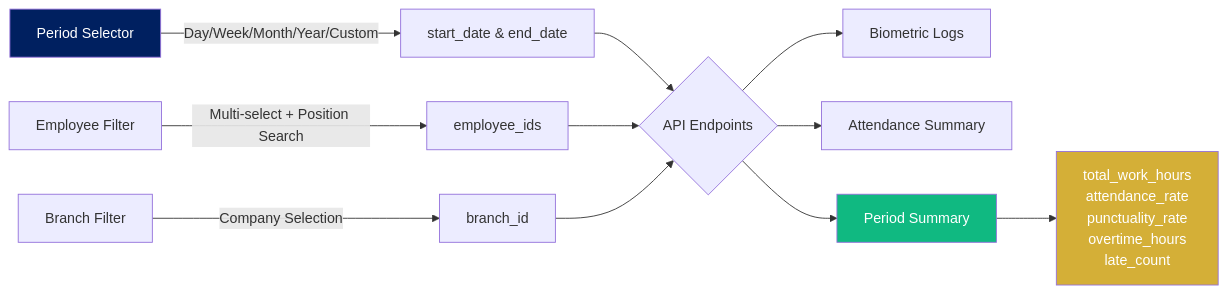
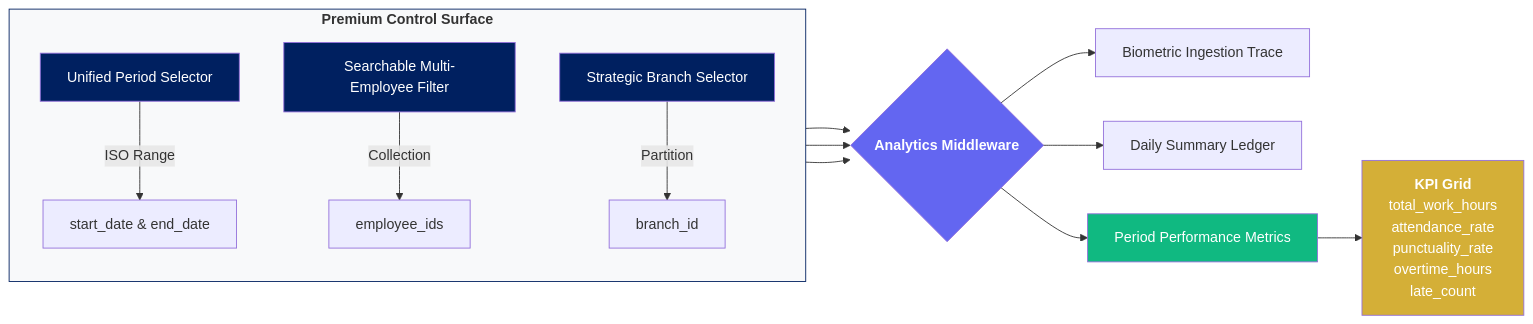
The fourth of 11 diagrams in README.md (binssente-crypto/PAYROLL-DOCUMENTATION), drawn with Mermaid before and after one commit. The commit also changed other lines of this file, not shown here.

First line of the commit message:
Revise README for BizMaker Premium Payroll & ERP Suite

````diff
--- a/README.md
+++ b/README.md
@@ -131,20 +155,27 @@
 ```mermaid
 flowchart LR
-    UI[Period Selector] -->|Day/Week/Month/Year/Custom| DATES[start_date & end_date]
-    EMP[Employee Filter] -->|Multi-select + Position Search| IDS[employee_ids]
-    BR[Branch Filter] -->|Company Selection| BID[branch_id]
+    subgraph UI["<b>Premium Control Surface</b>"]
+        direction TB
+        P[Unified Period Selector] -->|ISO Range| DATES[start_date & end_date]
+        E[Searchable Multi-Employee Filter] -->|Collection| IDS[employee_ids]
+        B[Strategic Branch Selector] -->|Partition| BID[branch_id]
+    end
     
-    DATES --> API{API Endpoints}
+    DATES --> API{<b>Analytics Middleware</b>}
     IDS --> API
     BID --> API
     
-    API --> BIO[Biometric Logs]
-    API --> ATT[Attendance Summary]
-    API --> PER[Period Summary]
+    API --> BIO[Biometric Ingestion Trace]
+    API --> ATT[Daily Summary Ledger]
+    API --> PER[Period Performance Metrics]
     
-    PER --> METRICS["total_work_hours<br/>attendance_rate<br/>punctuality_rate<br/>overtime_hours<br/>late_count"]
+    PER --> METRICS["<b>KPI Grid</b><br/>total_work_hours<br/>attendance_rate<br/>punctuality_rate<br/>overtime_hours<br/>late_count"]
 
-    style UI fill:#002060,color:#fff
+    style UI fill:#f8f9fa,stroke:#002060
+    style P fill:#002060,color:#fff
+    style E fill:#002060,color:#fff
+    style B fill:#002060,color:#fff
     style METRICS fill:#D4AF37,color:#fff
     style PER fill:#10b981,color:#fff
+    style API fill:#6366f1,color:#fff
 ```
````
